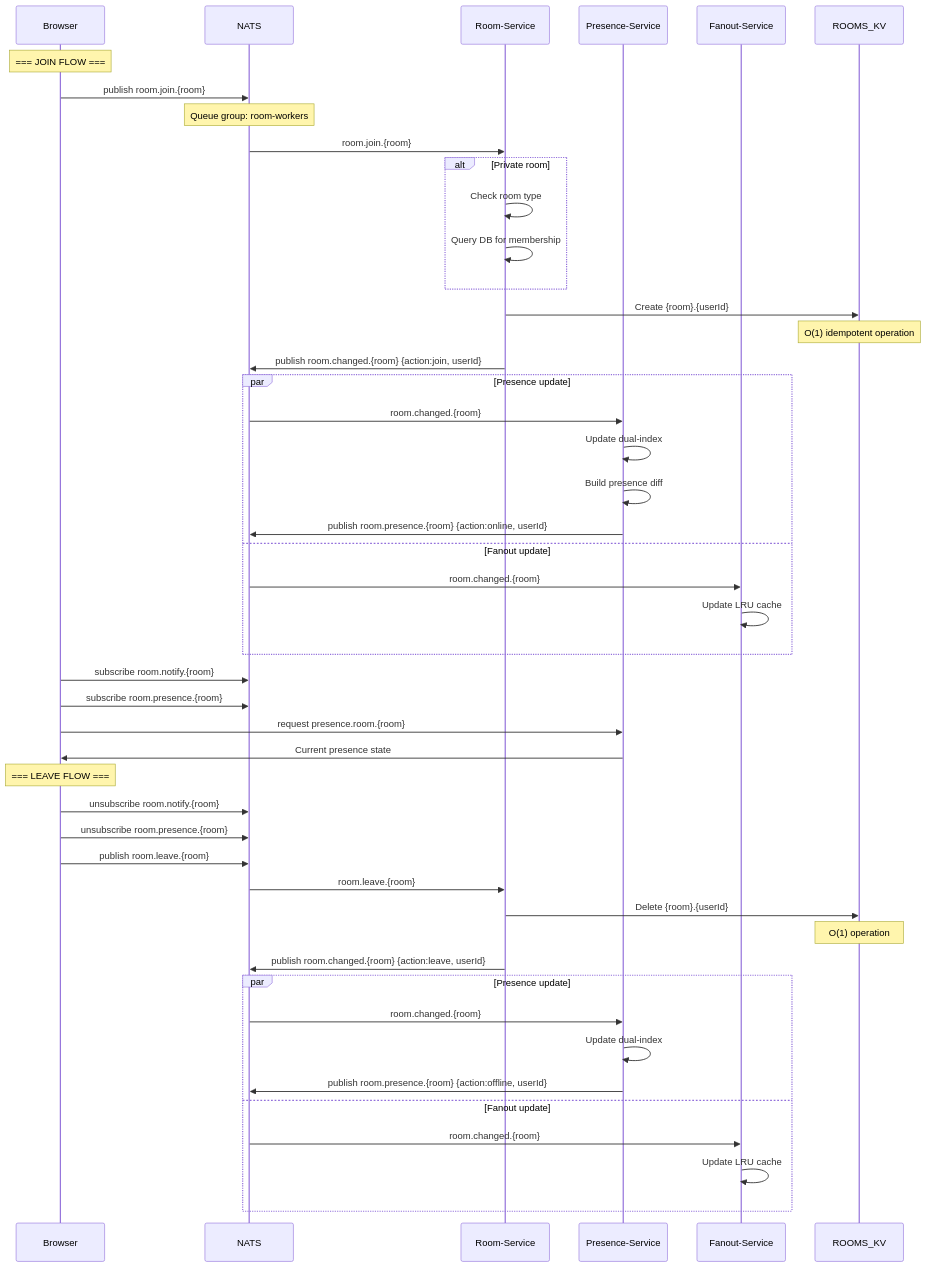
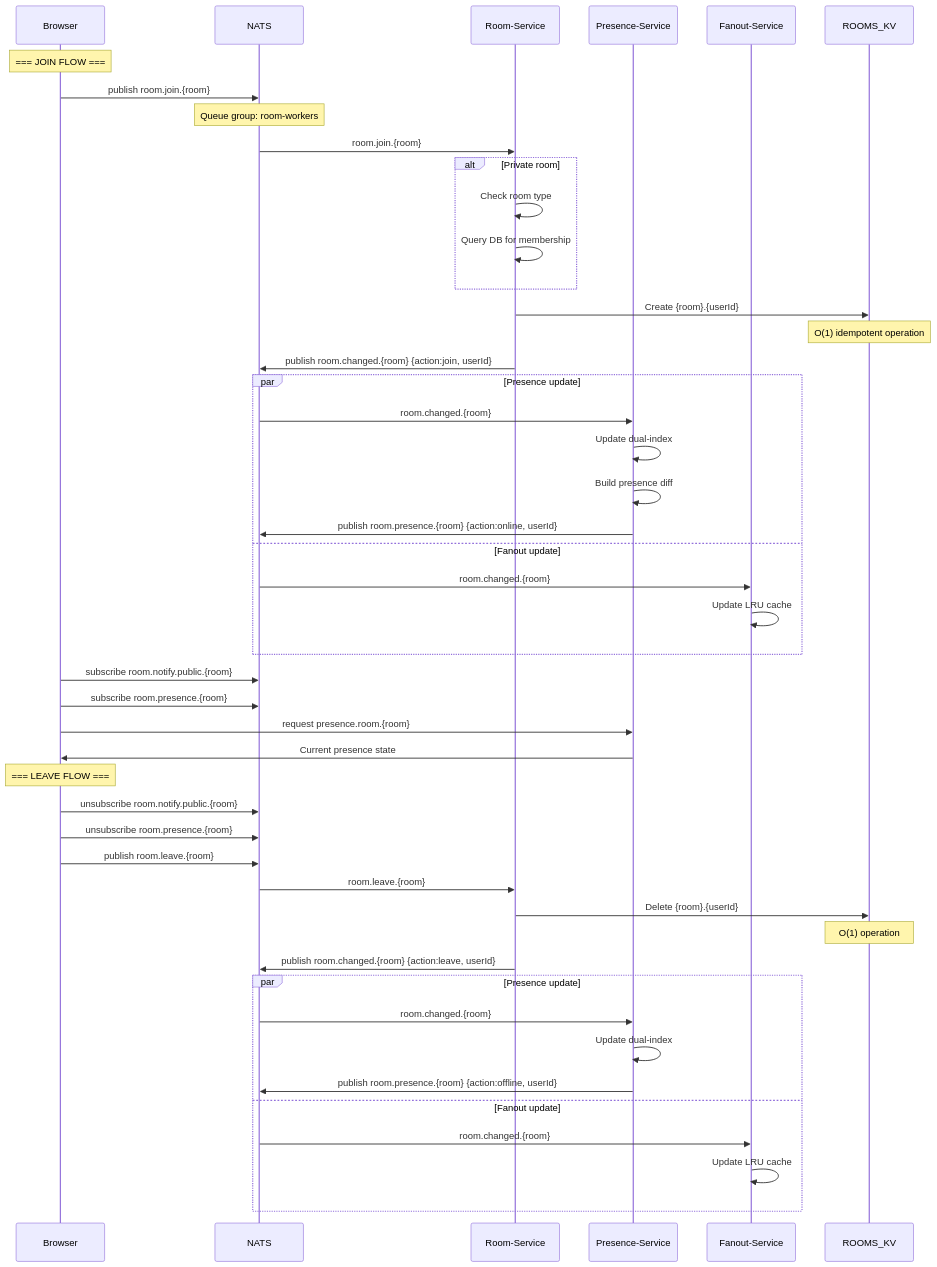
Before and after one commit to julianshen/nats-chat-keycloak: the fifth of 9 diagrams in docs/seq.md, drawn with Mermaid. The commit also changed other lines of this file and 3 other files, not shown here.

Commit message:
Cache room visibility lookups and refresh notify subject docs

````diff
--- a/docs/seq.md
+++ b/docs/seq.md
@@ -211,60 +211,60 @@
 ```mermaid
 sequenceDiagram
     participant B as Browser
     participant N as NATS
     participant R as Room-Service
     participant P as Presence-Service
     participant F as Fanout-Service
     participant KV as ROOMS_KV
 
     Note over B: === JOIN FLOW ===
     
     B->>N: publish room.join.{room}
     Note over N: Queue group: room-workers
     N->>R: room.join.{room}
 
     alt Private room
         R->>R: Check room type
         R->>R: Query DB for membership
     end
 
     R->>KV: Create {room}.{userId}
     Note over KV: O(1) idempotent operation
     R->>N: publish room.changed.{room} {action:join, userId}
 
     par Presence update
         N->>P: room.changed.{room}
         P->>P: Update dual-index
         P->>P: Build presence diff
         P->>N: publish room.presence.{room} {action:online, userId}
     and Fanout update
         N->>F: room.changed.{room}
         F->>F: Update LRU cache
     end
 
-    B->>N: subscribe room.notify.{room}
+    B->>N: subscribe room.notify.public.{room}
     B->>N: subscribe room.presence.{room}
     B->>P: request presence.room.{room}
     P->>B: Current presence state
 
     Note over B: === LEAVE FLOW ===
 
-    B->>N: unsubscribe room.notify.{room}
+    B->>N: unsubscribe room.notify.public.{room}
     B->>N: unsubscribe room.presence.{room}
     
     B->>N: publish room.leave.{room}
     N->>R: room.leave.{room}
 
     R->>KV: Delete {room}.{userId}
     Note over KV: O(1) operation
     R->>N: publish room.changed.{room} {action:leave, userId}
 
     par Presence update
         N->>P: room.changed.{room}
         P->>P: Update dual-index
         P->>N: publish room.presence.{room} {action:offline, userId}
     and Fanout update
         N->>F: room.changed.{room}
         F->>F: Update LRU cache
     end
 ```
````
